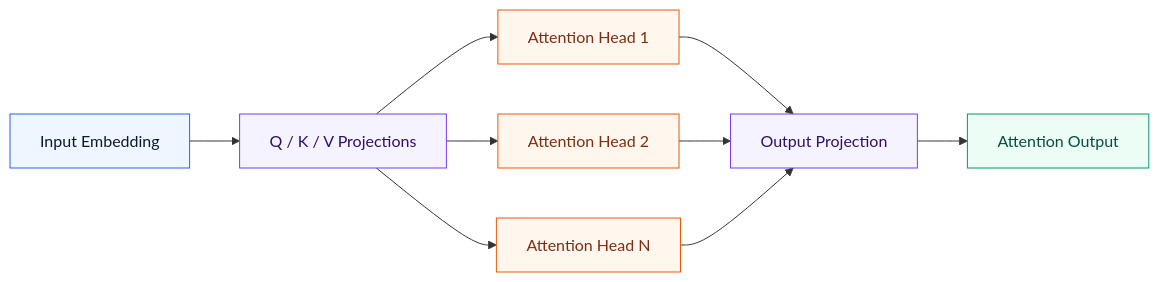
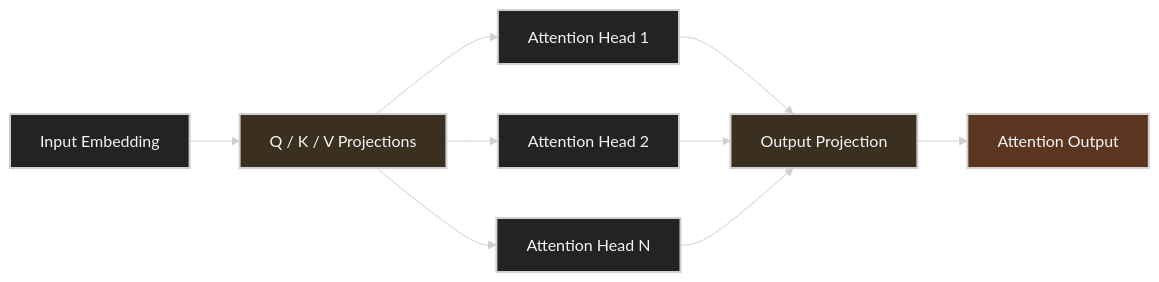
One commit to ziwon/ai-data-center-network changed the sixth of 9 diagrams in deep-learning-for-network-engineers/week02/README.md. Above: the diagram before and after it, drawn with Mermaid. The commit also changed other lines of this file and 35 other files, not shown here.

Commit message:
docs(mermaid): apply dark diagram style

````diff
--- a/deep-learning-for-network-engineers/week02/README.md
+++ b/deep-learning-for-network-engineers/week02/README.md
@@ -514,16 +519,17 @@
 ```mermaid
+%%{init: {"theme": "base", "themeVariables": {"background": "#171717", "primaryColor": "#232323", "primaryTextColor": "#f5f5f5", "primaryBorderColor": "#d0d0d0", "lineColor": "#cfcfcf", "fontFamily": "Inter, Arial, sans-serif"}}}%%
 flowchart LR
-    classDef input fill:#eef6ff,stroke:#2563eb,color:#0f172a
-    classDef head fill:#fff7ed,stroke:#ea580c,color:#7c2d12
-    classDef param fill:#f5f3ff,stroke:#7c3aed,color:#2e1065
-    classDef output fill:#ecfdf5,stroke:#059669,color:#064e3b
+    classDef input fill:#232323,stroke:#d0d0d0,color:#f5f5f5,stroke-width:2px;
+    classDef head fill:#232323,stroke:#d0d0d0,color:#f5f5f5,stroke-width:2px;
+    classDef param fill:#3b2f20,stroke:#d0d0d0,color:#f5f5f5,stroke-width:2px;
+    classDef output fill:#5a3520,stroke:#d0d0d0,color:#f5f5f5,stroke-width:2px;
 
     X[Input Embedding]:::input --> QKV[Q / K / V Projections]:::param
     QKV --> H1[Attention Head 1]:::head
     QKV --> H2[Attention Head 2]:::head
     QKV --> HN[Attention Head N]:::head
     H1 --> O[Output Projection]:::param
     H2 --> O
     HN --> O
     O --> Y[Attention Output]:::output
 ```
````
